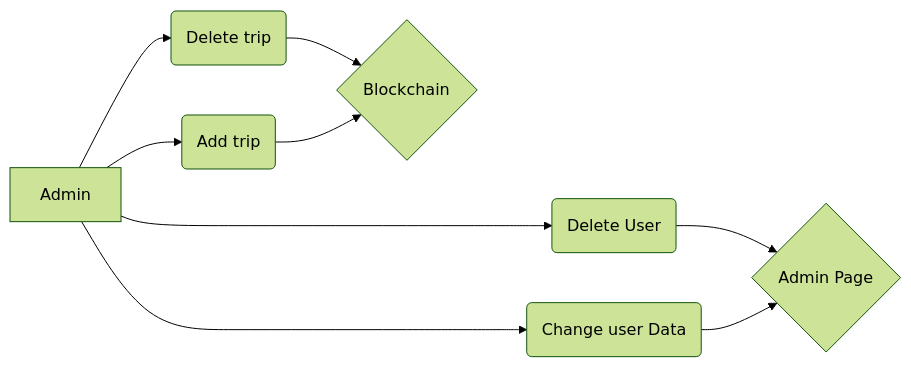
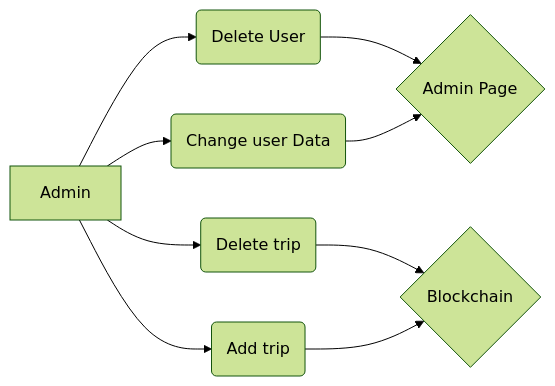
Before and after one commit to FJ-Riveros/CryptoAway: the first of 3 diagrams in README.md, drawn with Mermaid (forest theme). The commit also changed other lines of this file, not shown here.

````diff
--- a/README.md
+++ b/README.md
@@ -217,11 +217,12 @@
 ```mermaid
 graph LR
-A[Admin] ----> B(Delete User)
+A[Admin] --> B(Delete User)
 A --> C(Change user Data)
 B --> D{Admin Page}
 C --> D
 A --> E(Delete trip)
 A --> F(Add trip)
 E --> G{Blockchain}
 F --> G
+
 ```
````
